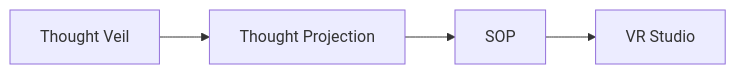
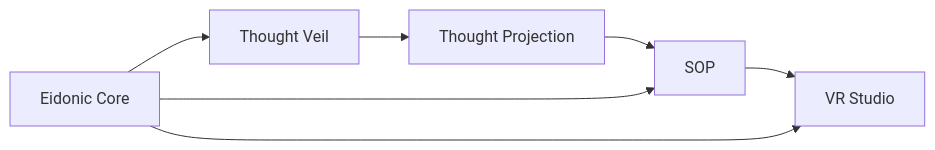
The sixth of 6 diagrams in README.md (Eidonic-Systems/eidonic_universe), drawn with Mermaid before and after one commit. The commit also changed other lines of this file, not shown here.

````diff
--- a/README.md
+++ b/README.md
@@ -264,11 +336,15 @@
 ```mermaid
 flowchart LR
-    Signal[Thought Veil]
-    Intent[Thought Projection]
-    Weave[SOP]
-    Realm[VR Studio]
+    Signal["Thought Veil"]
+    Intent["Thought Projection"]
+    Weave["SOP"]
+    Realm["VR Studio"]
+    Core["Eidonic Core"]
 
     Signal --> Intent
     Intent --> Weave
     Weave --> Realm
+    Core --> Signal
+    Core --> Weave
+    Core --> Realm
 ```
````
